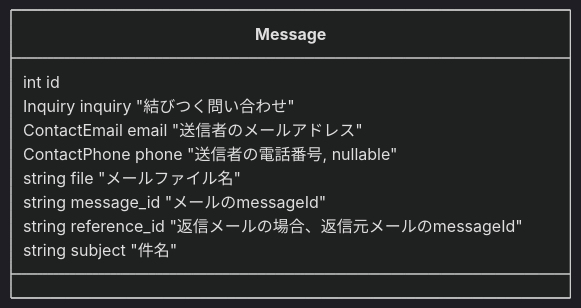
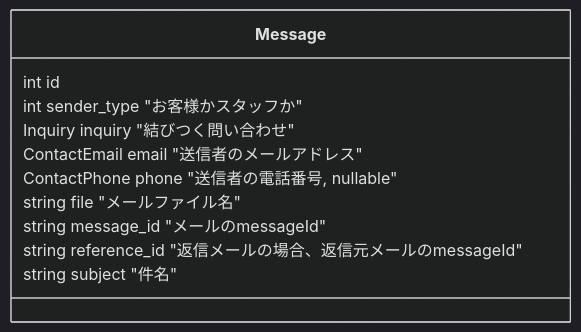
One commit to nominalrune/Cumas changed the eighth of 9 diagrams in README.md. Above: the diagram before and after it, drawn with Mermaid (dark theme). The commit also changed other lines of this file and 31 other files, not shown here.

````diff
--- a/README.md
+++ b/README.md
@@ -184,13 +186,14 @@
 ```mermaid
 classDiagram
 	class Message {
 		int id
+		int sender_type "お客様かスタッフか"
 		Inquiry inquiry "結びつく問い合わせ"
 		ContactEmail email "送信者のメールアドレス"
 		ContactPhone phone "送信者の電話番号, nullable"
 		string file "メールファイル名"
 		string message_id "メールのmessageId"
 		string reference_id "返信メールの場合、返信元メールのmessageId"
 		string subject "件名"
 	}
 ```
````
